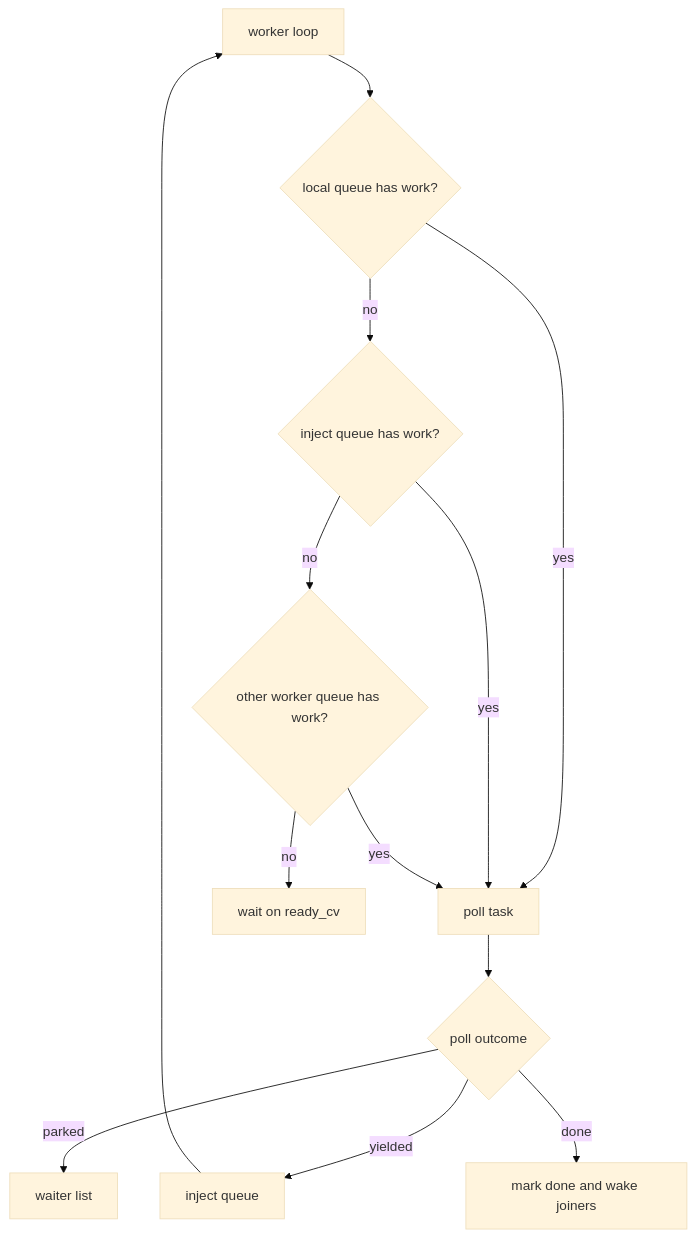
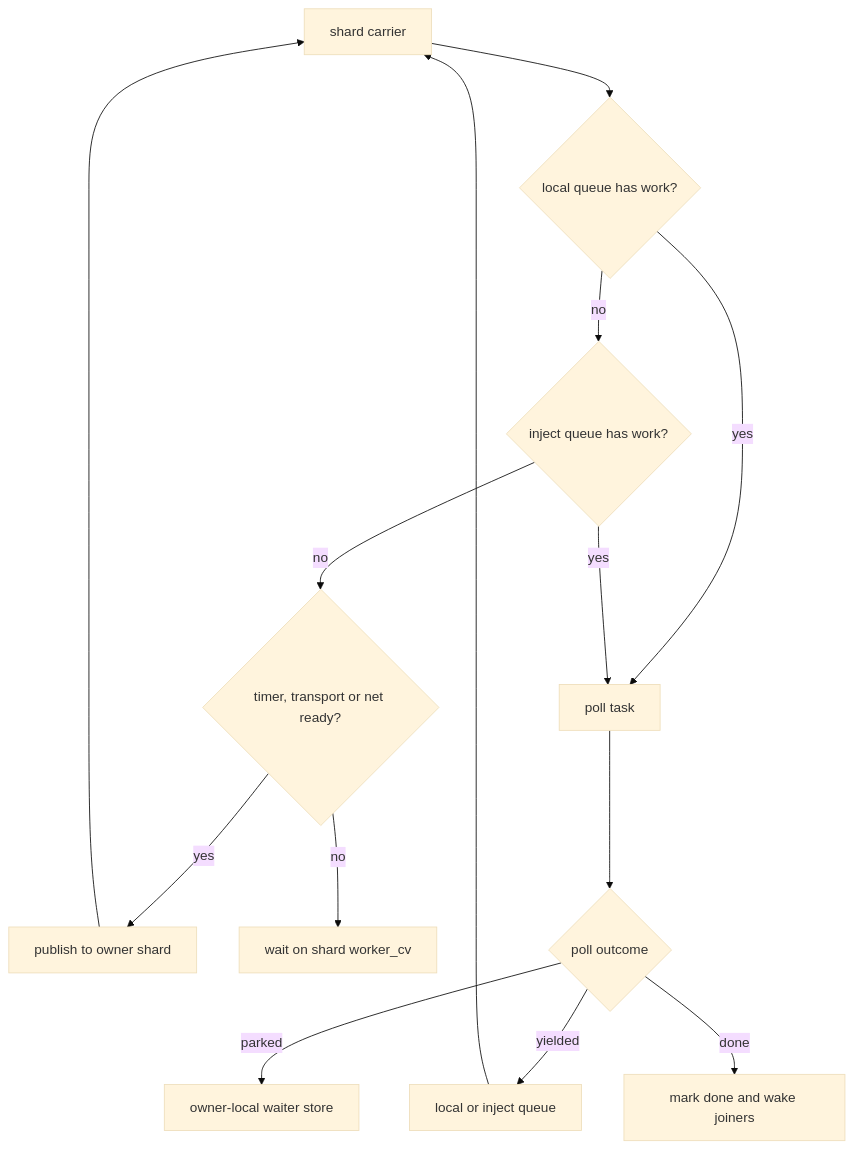
Before and after one commit to vovakirdan/surge: the fourth of 5 diagrams in docs/RUNTIME.md, drawn with Mermaid (base theme). The commit also changed other lines of this file and 633 other files, not shown here.

````diff
--- a/docs/RUNTIME.md
+++ b/docs/RUNTIME.md
@@ -196,16 +212,17 @@
 ```mermaid
 flowchart TD
-    Worker[worker loop] --> Local{local queue has work?}
+    Carrier[shard carrier] --> Local{local queue has work?}
     Local -->|yes| Poll[poll task]
     Local -->|no| Inject{inject queue has work?}
     Inject -->|yes| Poll
-    Inject -->|no| Steal{other worker queue has work?}
-    Steal -->|yes| Poll
-    Steal -->|no| Sleep[wait on ready_cv]
+    Inject -->|no| Service{timer, transport or net ready?}
+    Service -->|yes| Publish[publish to owner shard]
+    Service -->|no| Sleep[wait on shard worker_cv]
+    Publish --> Carrier
 
     Poll --> Outcome{poll outcome}
-    Outcome -->|yielded| Requeue[inject queue]
-    Outcome -->|parked| Waiter[waiter list]
+    Outcome -->|yielded| Requeue[local or inject queue]
+    Outcome -->|parked| Waiter[owner-local waiter store]
     Outcome -->|done| Complete[mark done and wake joiners]
-    Requeue --> Worker
+    Requeue --> Carrier
 ```
````
